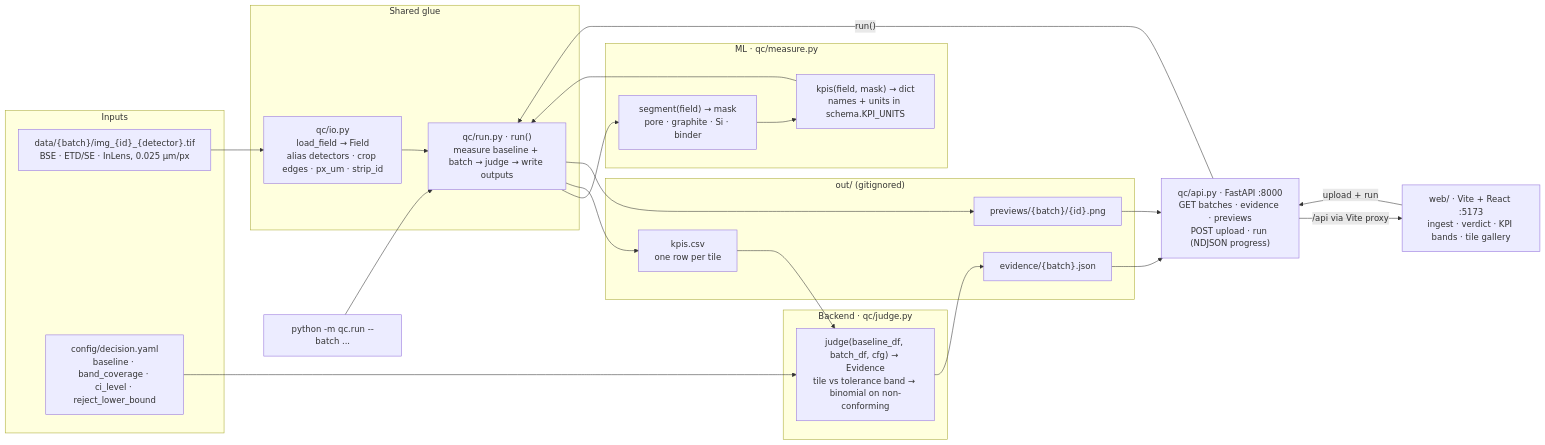
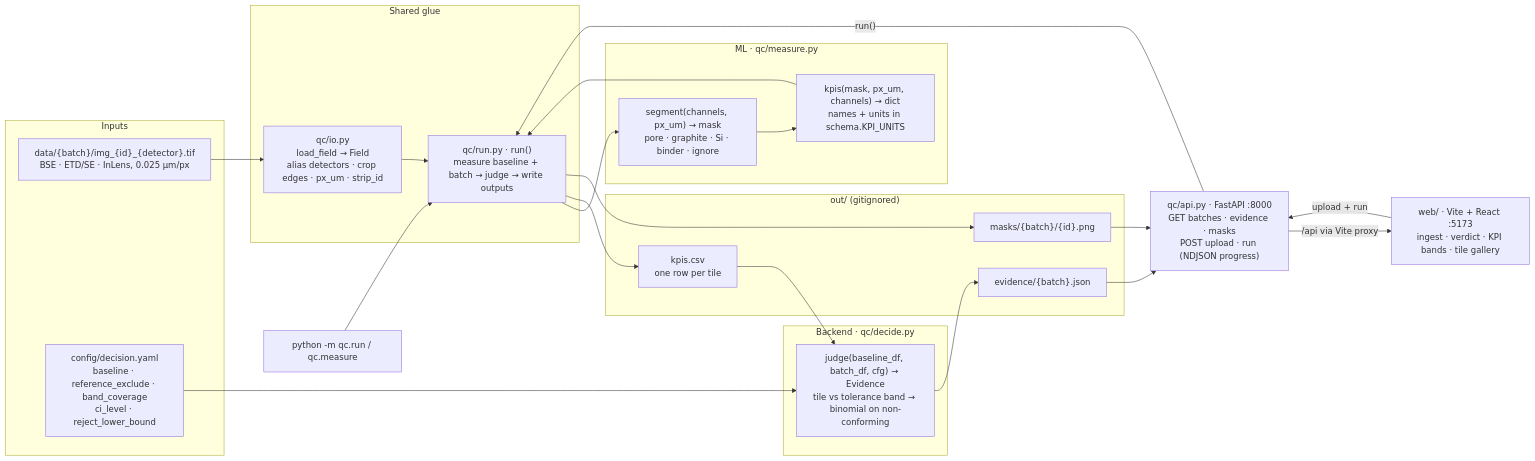
One commit to batch-size-2/catalyst changed the diagram in README.md. Above: the diagram before and after it, drawn with Mermaid. The commit also changed other lines of this file and 13 other files, not shown here.

````diff
--- a/README.md
+++ b/README.md
@@ -39,44 +43,44 @@
 ```mermaid
 flowchart LR
   subgraph IN["Inputs"]
     D["data/{batch}/img_{id}_{detector}.tif<br/>BSE · ETD/SE · InLens, 0.025 µm/px"]
-    CFG["config/decision.yaml<br/>baseline · band_coverage · ci_level · reject_lower_bound"]
+    CFG["config/decision.yaml<br/>baseline · reference_exclude · band_coverage<br/>ci_level · reject_lower_bound"]
   end
 
   subgraph GLUE["Shared glue"]
     IO["qc/io.py<br/>load_field → Field<br/>alias detectors · crop edges · px_um · strip_id"]
     RUN["qc/run.py · run()<br/>measure baseline + batch → judge → write outputs"]
   end
 
   subgraph ML["ML · qc/measure.py"]
-    SEG["segment(field) → mask<br/>pore · graphite · Si · binder"]
-    KPI["kpis(field, mask) → dict<br/>names + units in schema.KPI_UNITS"]
+    SEG["segment(channels, px_um) → mask<br/>pore · graphite · Si · binder · ignore"]
+    KPI["kpis(mask, px_um, channels) → dict<br/>names + units in schema.KPI_UNITS"]
   end
 
-  subgraph BE["Backend · qc/judge.py"]
+  subgraph BE["Backend · qc/decide.py"]
     J["judge(baseline_df, batch_df, cfg) → Evidence<br/>tile vs tolerance band → binomial on non-conforming"]
   end
 
   subgraph OUT["out/ (gitignored)"]
     T["kpis.csv<br/>one row per tile"]
     E["evidence/{batch}.json"]
-    P["previews/{batch}/{id}.png"]
+    P["masks/{batch}/{id}.png"]
   end
 
-  API["qc/api.py · FastAPI :8000<br/>GET batches · evidence · previews<br/>POST upload · run (NDJSON progress)"]
+  API["qc/api.py · FastAPI :8000<br/>GET batches · evidence · masks<br/>POST upload · run (NDJSON progress)"]
   WEB["web/ · Vite + React :5173<br/>ingest · verdict · KPI bands · tile gallery"]
-  CLI["python -m qc.run --batch ..."]
+  CLI["python -m qc.run / qc.measure"]
 
   D --> IO --> RUN
   RUN --> SEG --> KPI --> RUN
   RUN --> T --> J
   CFG --> J
   RUN --> P
   J --> E
   E --> API
   P --> API
   API -- "/api via Vite proxy" --> WEB
   WEB -- "upload + run" --> API
   API -- "run()" --> RUN
   CLI --> RUN
 ```
````
